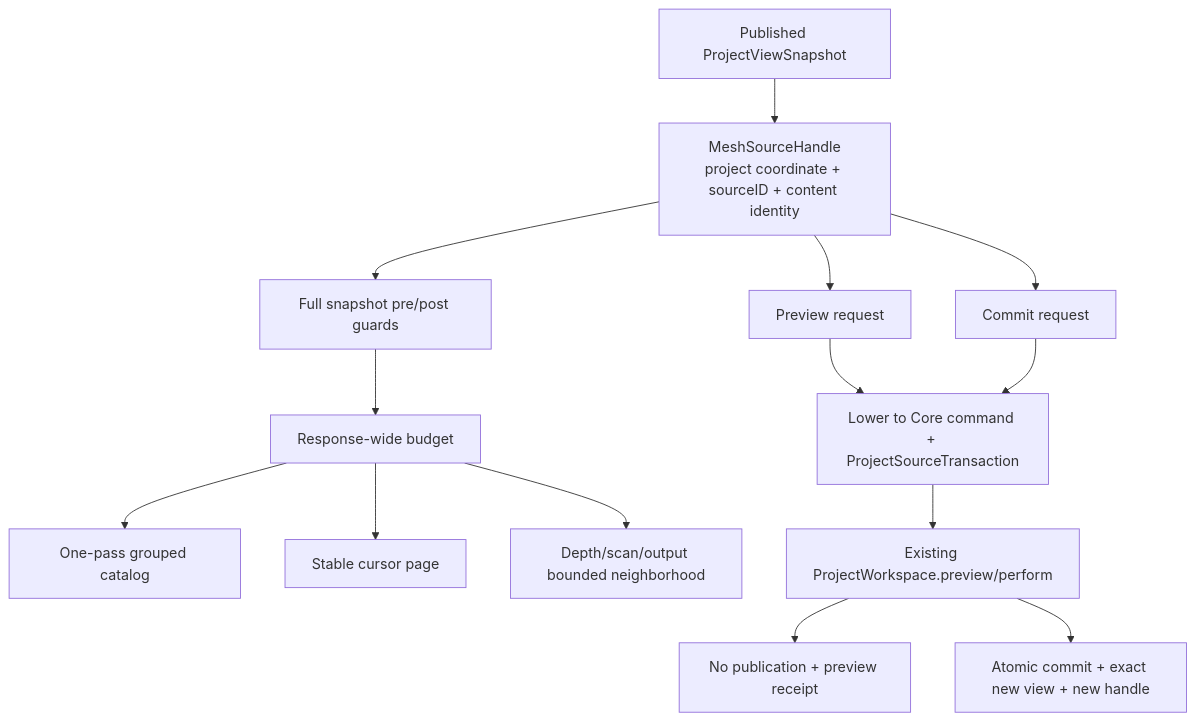
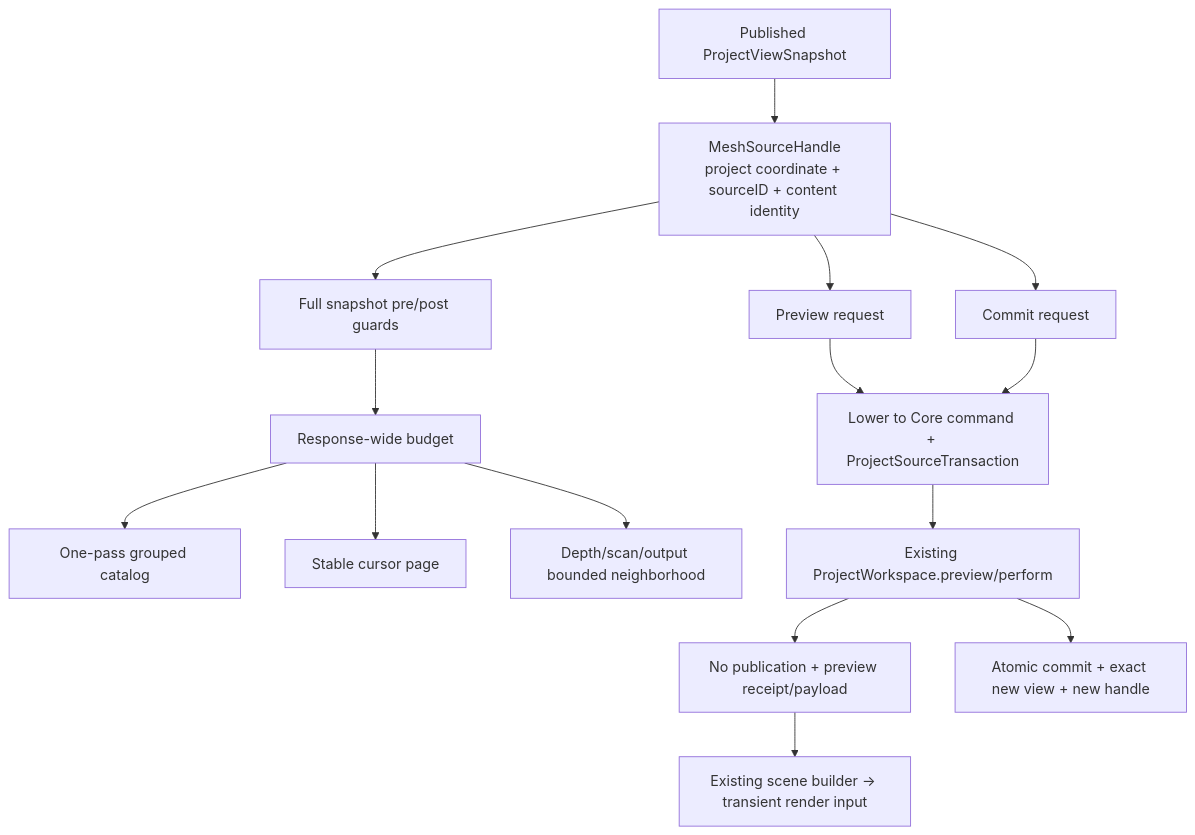
Before and after one commit to 1amageek/Rupa: the second of 5 diagrams in RupaKit/Sources/RupaKit/DESIGN.md, drawn with Mermaid. The commit also changed other lines of this file and 14 other files, not shown here.

````diff
--- a/RupaKit/Sources/RupaKit/DESIGN.md
+++ b/RupaKit/Sources/RupaKit/DESIGN.md
@@ -131,16 +137,17 @@
 ```mermaid
 flowchart TD
     Snapshot["Published ProjectViewSnapshot"] --> Handle["MeshSourceHandle\nproject coordinate + sourceID + content identity"]
     Handle --> ReadGuard["Full snapshot pre/post guards"]
     ReadGuard --> Budget["Response-wide budget"]
     Budget --> Catalog["One-pass grouped catalog"]
     Budget --> Page["Stable cursor page"]
     Budget --> Neighborhood["Depth/scan/output bounded neighborhood"]
     Handle --> Preview["Preview request"]
     Handle --> Commit["Commit request"]
     Preview --> Lower["Lower to Core command + ProjectSourceTransaction"]
     Commit --> Lower
     Lower --> Project["Existing ProjectWorkspace.preview/perform"]
-    Project --> Result["No publication + preview receipt"]
+    Project --> Result["No publication + preview receipt/payload"]
+    Result --> PreviewScene["Existing scene builder -> transient render input"]
     Project --> Result2["Atomic commit + exact new view + new handle"]
 ```
````
